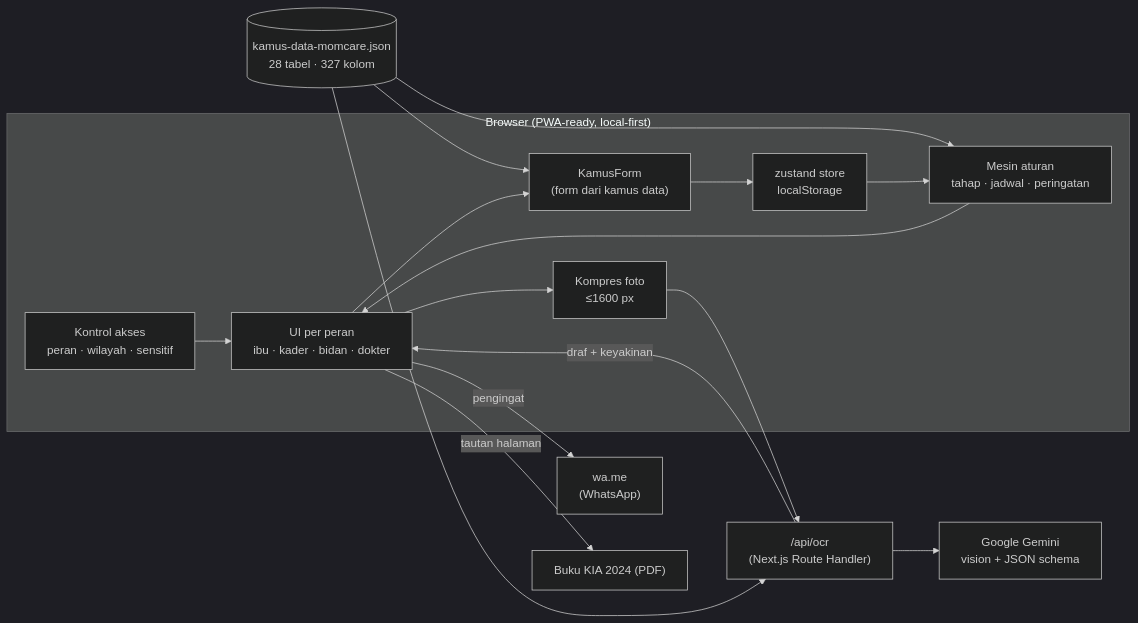
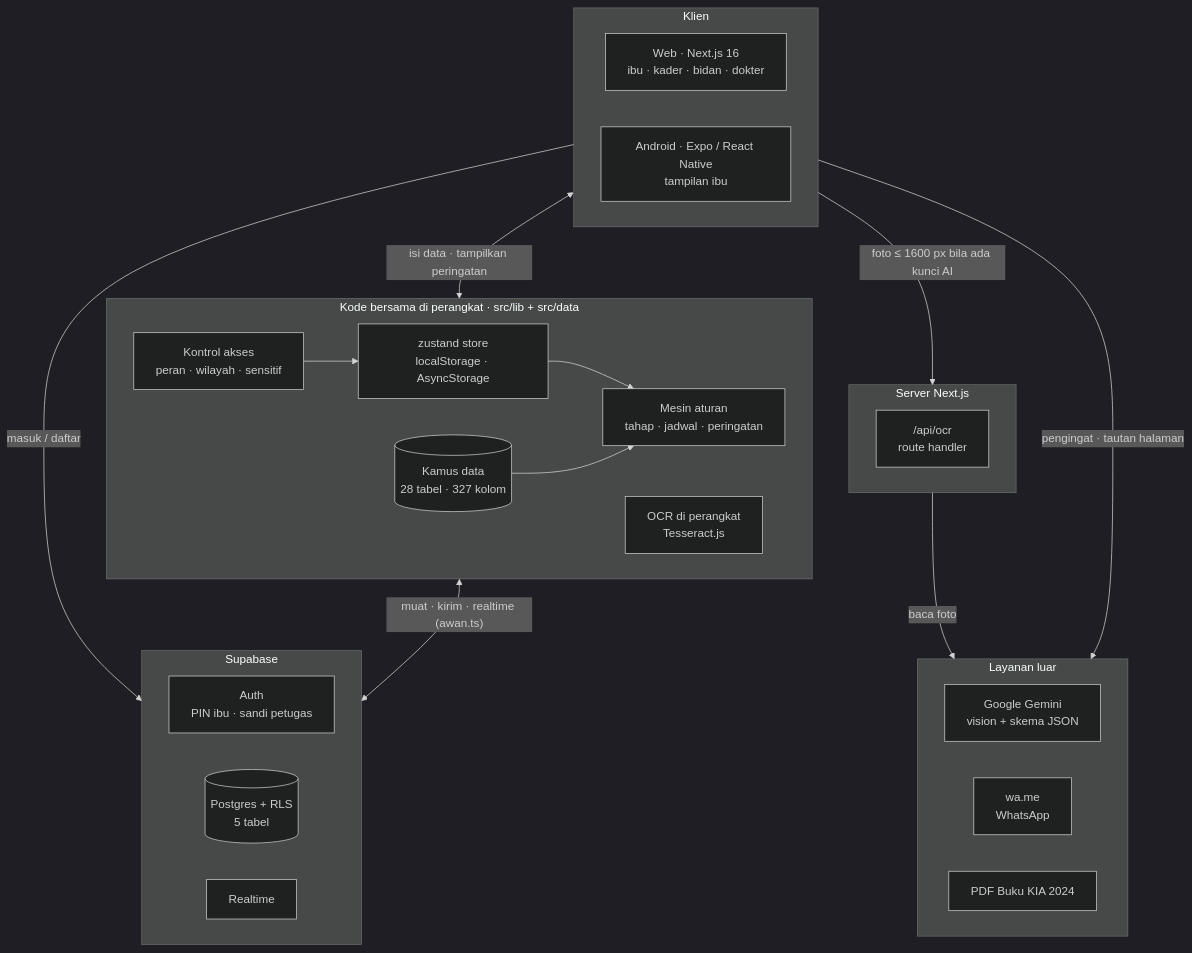
One commit to Mitschess/tung3sahoor changed the first of 3 diagrams in README.md. Above: the diagram before and after it, drawn with Mermaid (dark theme). The commit also changed other lines of this file and 2 other files, not shown here.

````diff
--- a/README.md
+++ b/README.md
@@ -69,25 +82,44 @@
 ```mermaid
-flowchart LR
-  subgraph Browser["Browser (PWA-ready, local-first)"]
-    UI["UI per peran<br/>ibu · kader · bidan · dokter"]
-    Form["KamusForm<br/>(form dari kamus data)"]
-    Store["zustand store<br/>localStorage"]
+flowchart TB
+  subgraph L1["Klien"]
+    direction LR
+    UIW["Web · Next.js 16<br/>ibu · kader · bidan · dokter"]
+    UIA["Android · Expo / React Native<br/>tampilan ibu"]
+  end
+
+  subgraph L2["Kode bersama di perangkat · src/lib + src/data"]
+    direction LR
+    Kamus[("Kamus data<br/>28 tabel · 327 kolom")]
+    Akses["Kontrol akses<br/>peran · wilayah · sensitif"]
+    Store["zustand store<br/>localStorage · AsyncStorage"]
     Engine["Mesin aturan<br/>tahap · jadwal · peringatan"]
-    Akses["Kontrol akses<br/>peran · wilayah · sensitif"]
-    Kompres["Kompres foto<br/>≤1600 px"]
+    OCRL["OCR di perangkat<br/>Tesseract.js"]
+    Akses --> Store --> Engine
+    Kamus --> Engine
   end
-  Kamus[("kamus-data-momcare.json<br/>28 tabel · 327 kolom")]
-  API["/api/ocr<br/>(Next.js Route Handler)"]
-  Gemini["Google Gemini<br/>vision + JSON schema"]
-  WA["wa.me<br/>(WhatsApp)"]
-  PDF["Buku KIA 2024 (PDF)"]
 
-  Kamus --> Form & Engine & API
-  UI --> Form --> Store
-  Store --> Engine --> UI
-  Akses --> UI
-  UI --> Kompres --> API --> Gemini
-  API -- "draf + keyakinan" --> UI
-  UI -- "pengingat" --> WA
-  UI -- "tautan halaman" --> PDF
+  subgraph L3["Server Next.js"]
+    API["/api/ocr<br/>route handler"]
+  end
+
+  subgraph L4["Supabase"]
+    direction LR
+    Auth["Auth<br/>PIN ibu · sandi petugas"]
+    DB[("Postgres + RLS<br/>5 tabel")]
+    RT["Realtime"]
+  end
+
+  subgraph L5["Layanan luar"]
+    direction LR
+    Gemini["Google Gemini<br/>vision + skema JSON"]
+    WA["wa.me<br/>WhatsApp"]
+    PDF["PDF Buku KIA 2024"]
+  end
+
+  L1 <-->|"isi data · tampilkan peringatan"| L2
+  L1 -->|"foto ≤ 1600 px bila ada kunci AI"| L3
+  L3 -->|"baca foto"| L5
+  L1 -->|"pengingat · tautan halaman"| L5
+  L1 -->|"masuk / daftar"| L4
+  L2 <-->|"muat · kirim · realtime (awan.ts)"| L4
 ```
````
